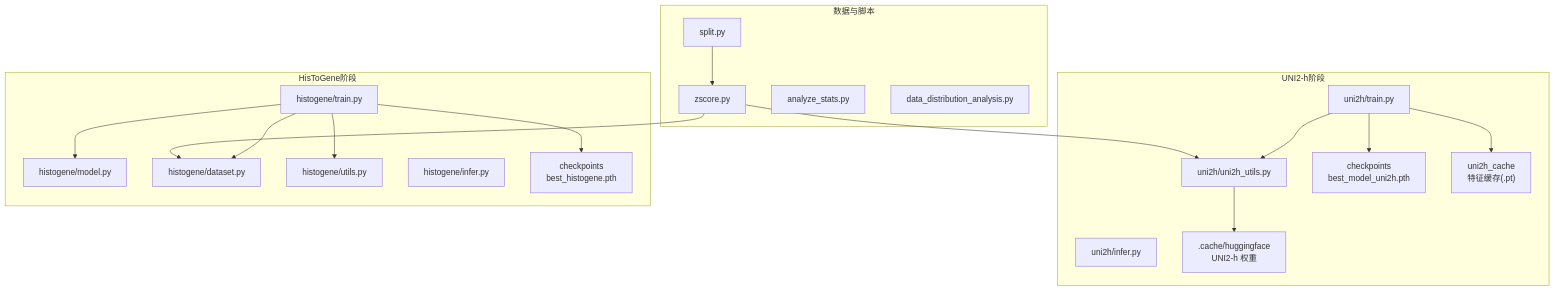
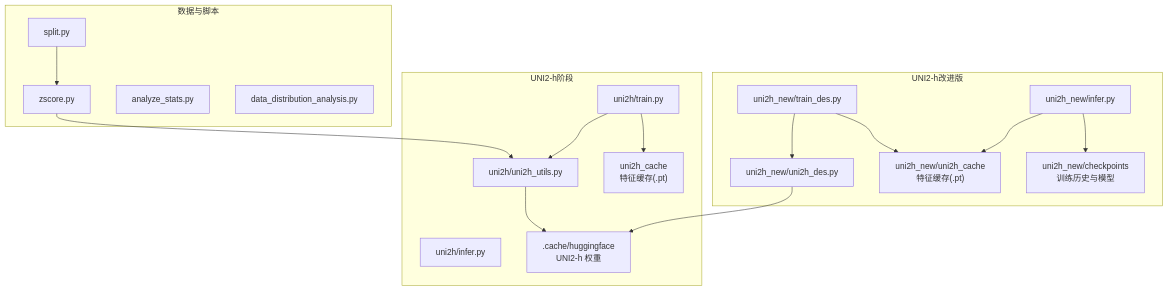
Before and after one commit to qzs610038-star/AI-esophagus-cancer-basedon-HF-HT: the first of 5 diagrams in .qoder/repowiki/zh/content/训练系统/UNI2-h+MLP训练流程.md, drawn with Mermaid. The commit also changed other lines of this file and 8 other files, not shown here.

````diff
--- a/.qoder/repowiki/zh/content/训练系统/UNI2-h+MLP训练流程.md
+++ b/.qoder/repowiki/zh/content/训练系统/UNI2-h+MLP训练流程.md
@@ -47,34 +47,30 @@
 ```mermaid
 graph TB
 subgraph "数据与脚本"
 S1["split.py"]
 S2["zscore.py"]
 A1["analyze_stats.py"]
 A2["data_distribution_analysis.py"]
 end
 subgraph "UNI2-h阶段"
 U1["uni2h/train.py"]
 U2["uni2h/uni2h_utils.py"]
 U3["uni2h/infer.py"]
 C1[".cache/huggingface<br/>UNI2-h 权重"]
-CK["checkpoints<br/>best_model_uni2h.pth"]
 HC["uni2h_cache<br/>特征缓存(.pt)"]
 end
-subgraph "HisToGene阶段"
-H1["histogene/train.py"]
-H2["histogene/model.py"]
-H3["histogene/dataset.py"]
-H4["histogene/utils.py"]
-H5["histogene/infer.py"]
-CK2["checkpoints<br/>best_histogene.pth"]
+subgraph "UNI2-h改进版"
+U4["uni2h_new/train_des.py"]
+U5["uni2h_new/uni2h_des.py"]
+U6["uni2h_new/infer.py"]
+CH["uni2h_new/uni2h_cache<br/>特征缓存(.pt)"]
+CK["uni2h_new/checkpoints<br/>训练历史与模型"]
 end
-S1 --> S2 --> H3
-S2 --> U2
+S1 --> S2 --> U2
 U1 --> U2 --> C1
-U1 --> CK
 U1 --> HC
-H1 --> H2
-H1 --> H3
-H1 --> H4
-H1 --> CK2
+U4 --> U5 --> C1
+U4 --> CH
+U6 --> CH
+U6 --> CK
 ```
````
